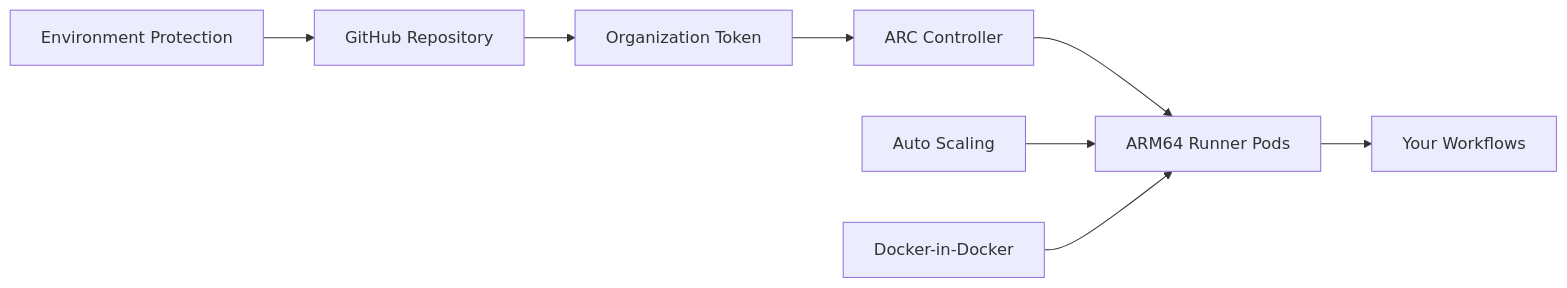
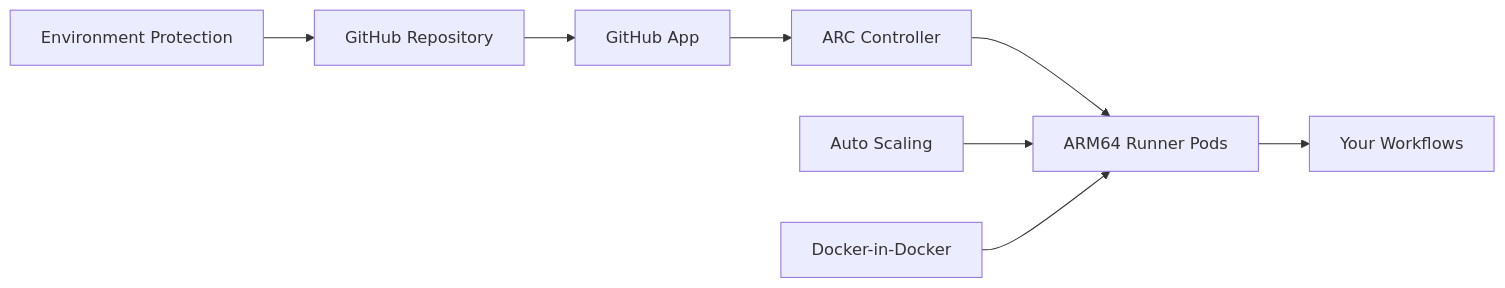
The diagram in README.md (SeBastArt/github-actions-runner-setup), drawn with Mermaid before and after one commit. The commit also changed other lines of this file and 6 other files, not shown here.

First line of the commit message:
feat(arc): GitHub App statt PAT, Scale-Sets nach arc-system (#63)

````diff
--- a/README.md
+++ b/README.md
@@ -84,11 +95,11 @@
 ```mermaid
 graph LR
-    A[GitHub Repository] --> B[Organization Token]
+    A[GitHub Repository] --> B[GitHub App]
     B --> C[ARC Controller]
     C --> D[ARM64 Runner Pods]
     D --> E[Your Workflows]
     
     F[Environment Protection] --> A
     G[Auto Scaling] --> D
     H[Docker-in-Docker] --> D
 ```
````
